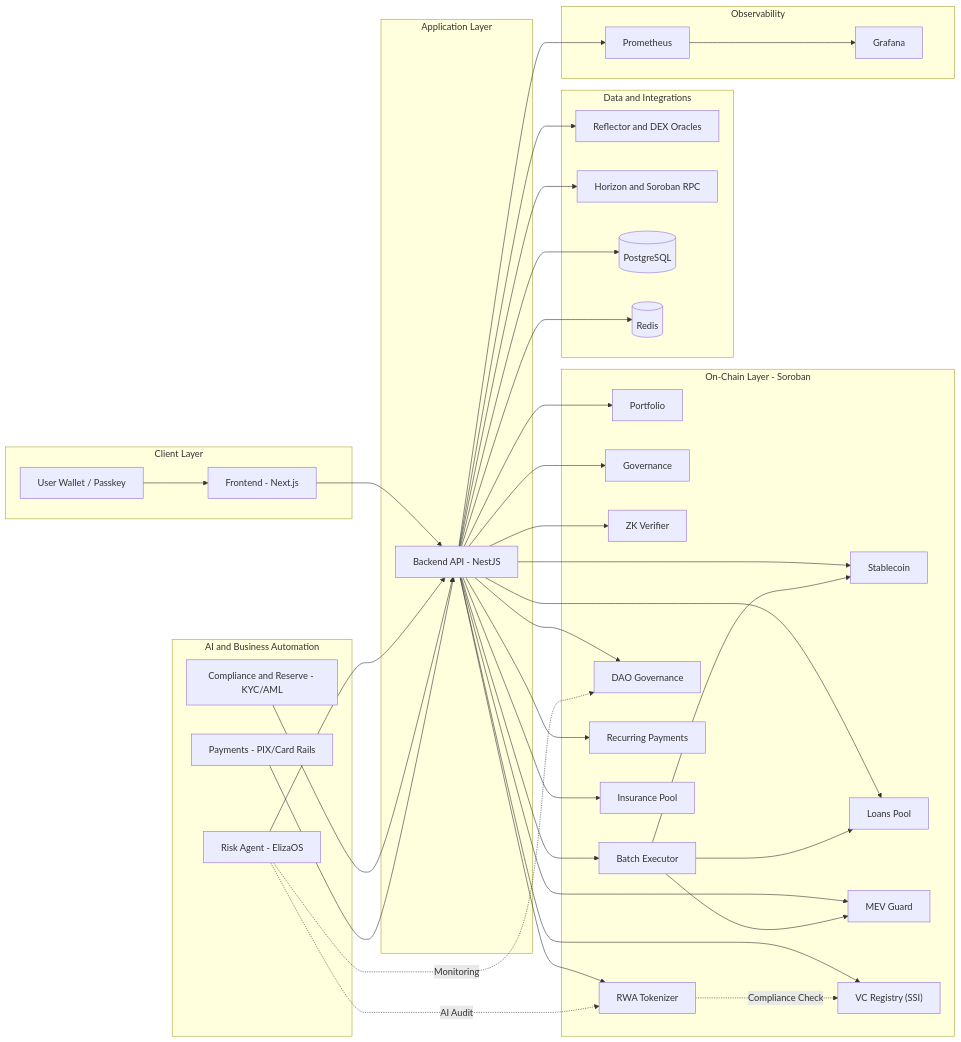
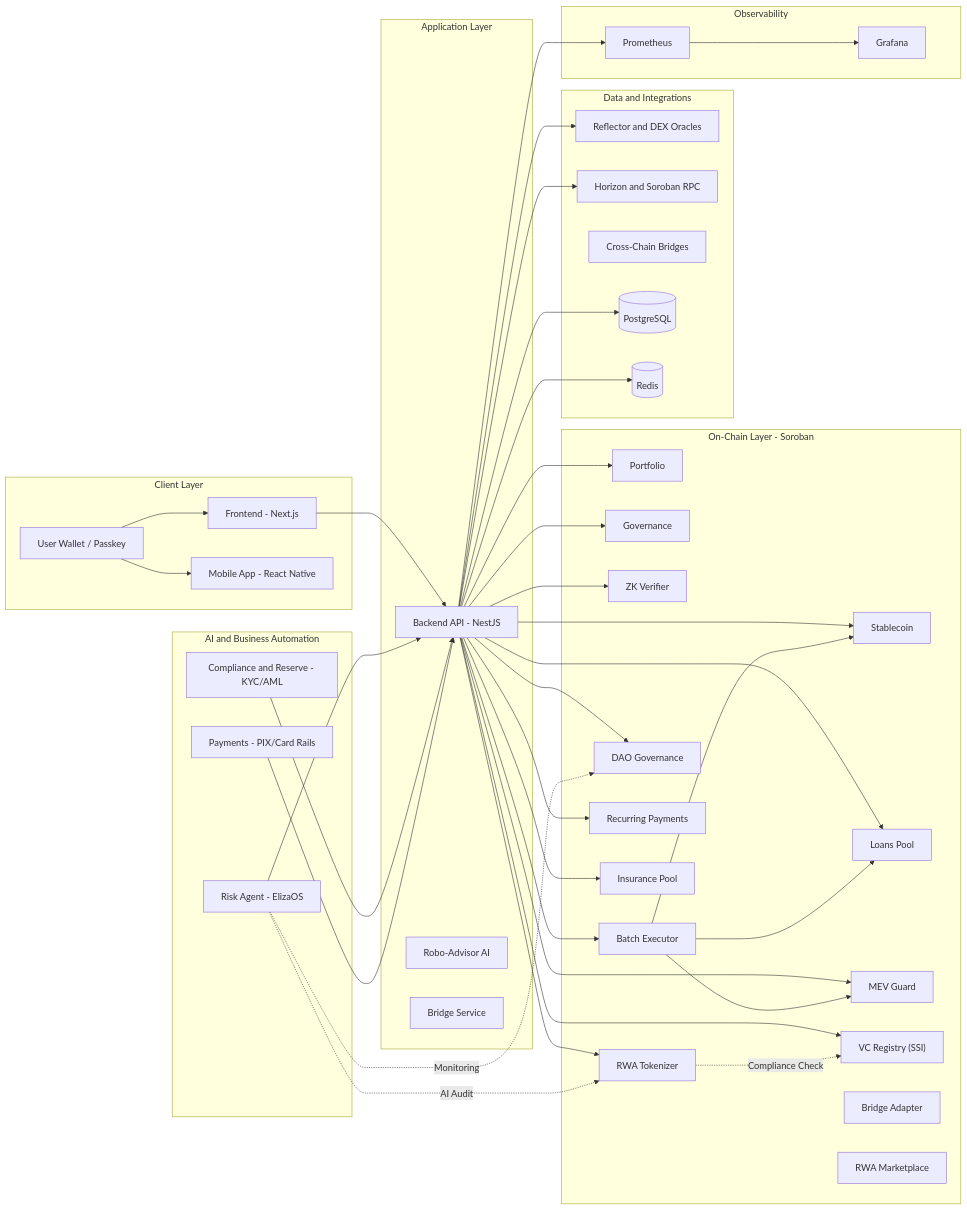
The diagram in README.md (Jistriane/Stellaro), drawn with Mermaid before and after one commit. The commit also changed other lines of this file and 2 other files, not shown here.

Commit message:
docs: Comprehensive update for v5.6 Mainnet Ready - Architecture, README, and Manual

```diff
--- a/README.md
+++ b/README.md
@@ -207,11 +206,15 @@
   subgraph UI["Client Layer"]
     U["User Wallet / Passkey"]
     F["Frontend - Next.js"]
+    M["Mobile App - React Native"]
     U --> F
+    U --> M
   end
 
   subgraph API["Application Layer"]
     B["Backend API - NestJS"]
+    RO["Robo-Advisor AI"]
+    BR["Bridge Service"]
   end
 
   subgraph AGENTS["AI and Business Automation"]
@@ -233,11 +236,14 @@
     C10["DAO Governance"]
     C11["Recurring Payments"]
     C12["Insurance Pool"]
+    C13["Bridge Adapter"]
+    C14["RWA Marketplace"]
   end
 
   subgraph DATA["Data and Integrations"]
     O1["Reflector and DEX Oracles"]
     O2["Horizon and Soroban RPC"]
+    O3["Cross-Chain Bridges"]
     D1[(PostgreSQL)]
     D2[(Redis)]
   end
```
